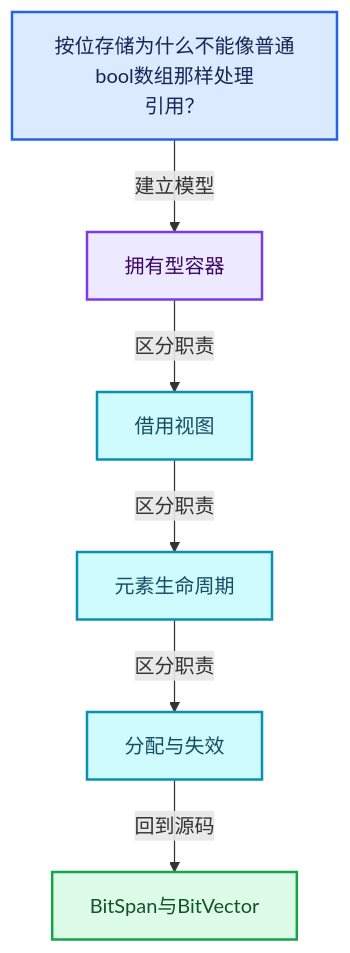
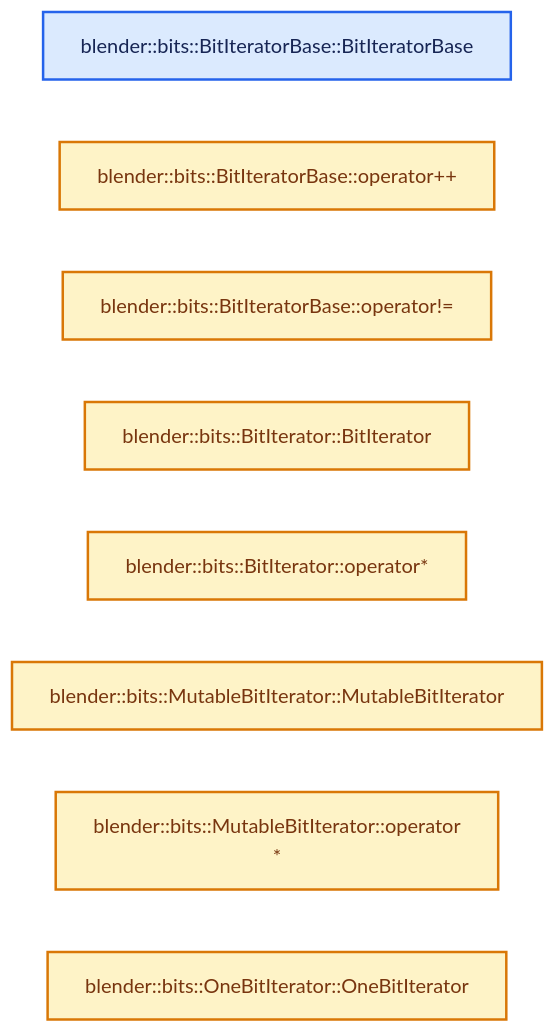
One commit to yunkezengren/blender-.vscode changed the second of 4 diagrams in 杂/markdown/全面学习-codex/01-基础容器与现代CPP/19-BitSpan与BitVector.md. Above: the diagram before and after it, drawn with Mermaid. The commit also changed other lines of this file and 1930 other files, not shown here.

````diff
--- a/杂/markdown/全面学习-codex/01-基础容器与现代CPP/19-BitSpan与BitVector.md
+++ b/杂/markdown/全面学习-codex/01-基础容器与现代CPP/19-BitSpan与BitVector.md
@@ -61,20 +46,17 @@
 ```mermaid
-flowchart TB
-  Q["按位存储为什么不能像普通bool数组那样处理<br/>引用？"]:::input
-  C0["拥有型容器"]:::abstraction
-  C1["借用视图"]:::data
-  C2["元素生命周期"]:::data
-  C3["分配与失效"]:::data
-  R["BitSpan与BitVector"]:::result
-  Q -->|"建立模型"| C0
-  C0 -->|"区分职责"| C1
-  C1 -->|"区分职责"| C2
-  C2 -->|"区分职责"| C3
-  C3 -->|"回到源码"| R
+flowchart LR
+  F0["blender::bits::BitIteratorBase::BitIteratorBase"]:::input
+  F1["blender::bits::BitIteratorBase::operator++"]:::compute
+  F2["blender::bits::BitIteratorBase::operator!="]:::compute
+  F3["blender::bits::BitIterator::BitIterator"]:::compute
+  F4["blender::bits::BitIterator::operator*"]:::compute
+  F5["blender::bits::MutableBitIterator::MutableBitIterator"]:::compute
+  F6["blender::bits::MutableBitIterator::operator<br/>*"]:::compute
+  F7["blender::bits::OneBitIterator::OneBitIterator"]:::compute
   classDef input fill:#DBEAFE,stroke:#2563EB,color:#172554,stroke-width:2px;
   classDef data fill:#CFFAFE,stroke:#0891B2,color:#164E63,stroke-width:2px;
   classDef abstraction fill:#EDE9FE,stroke:#7C3AED,color:#3B0764,stroke-width:2px;
   classDef compute fill:#FEF3C7,stroke:#D97706,color:#78350F,stroke-width:2px;
   classDef result fill:#DCFCE7,stroke:#16A34A,color:#14532D,stroke-width:2px;
   classDef error fill:#FEE2E2,stroke:#DC2626,color:#7F1D1D,stroke-width:2px;
 ```
````
